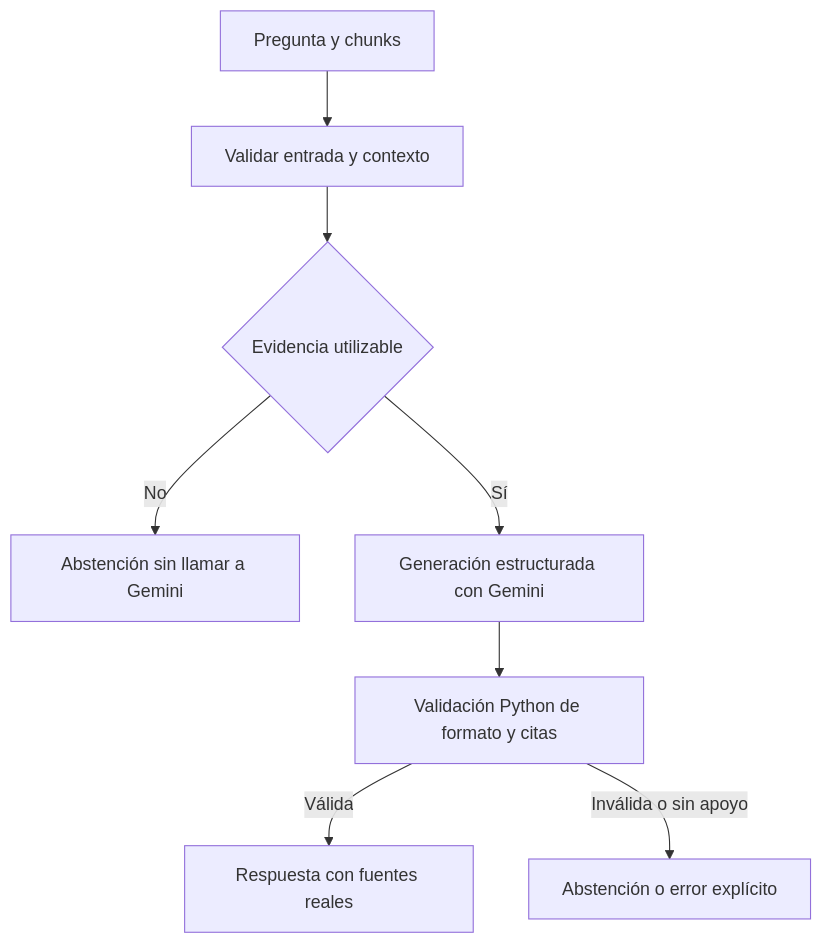
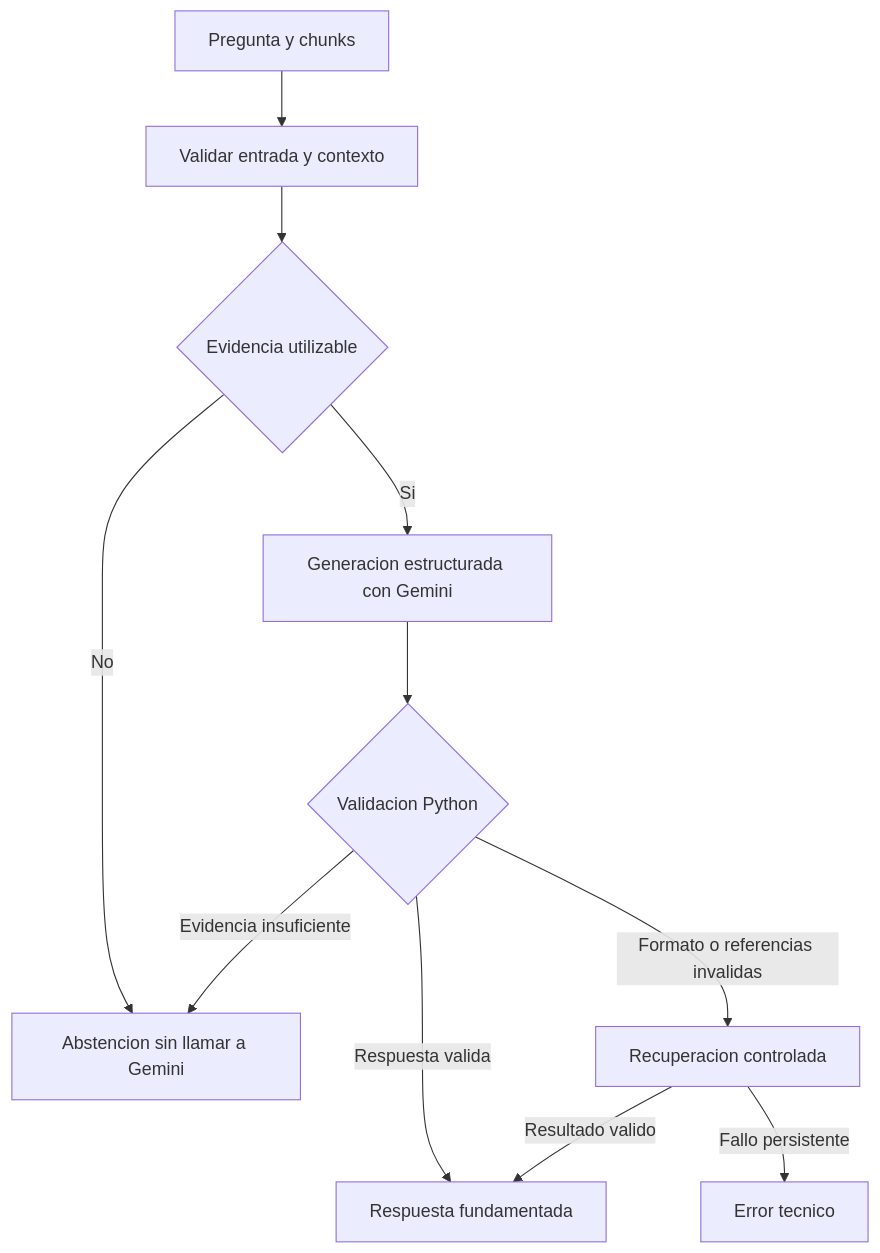
The diagram in specs/03-generacion.md (alex-bometon/pb03_equipo18), drawn with Mermaid before and after one commit. The commit also changed other lines of this file and 17 other files, not shown here.

````diff
--- a/specs/03-generacion.md
+++ b/specs/03-generacion.md
@@ -9,10 +43,13 @@
 ```mermaid
 flowchart TD
     I[Pregunta y chunks] --> V[Validar entrada y contexto]
     V --> E{Evidencia utilizable}
-    E -->|No| A[Abstención sin llamar a Gemini]
-    E -->|Sí| G[Generación estructurada con Gemini]
-    G --> C[Validación Python de formato y citas]
-    C -->|Válida| R[Respuesta con fuentes reales]
-    C -->|Inválida o sin apoyo| B[Abstención o error explícito]
+    E -->|No| A[Abstencion sin llamar a Gemini]
+    E -->|Si| G[Generacion estructurada con Gemini]
+    G --> C{Validacion Python}
+    C -->|Respuesta valida| R[Respuesta fundamentada]
+    C -->|Evidencia insuficiente| A
+    C -->|Formato o referencias invalidas| T[Recuperacion controlada]
+    T -->|Resultado valido| R
+    T -->|Fallo persistente| F[Error tecnico]
 ```
````
